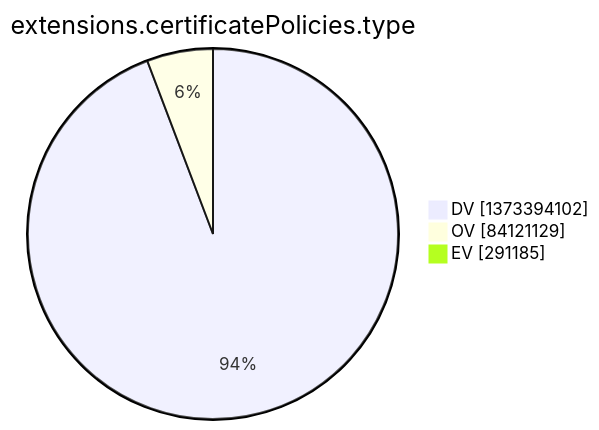
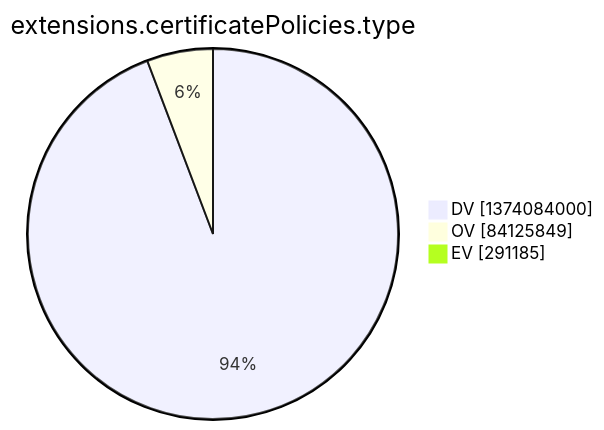
One commit to christiankrug/ctmonitor_visualization changed the tenth of 15 diagrams in argon2022/README.md. Above: the diagram before and after it, drawn with Mermaid. The commit also changed other lines of this file, not shown here.

````diff
--- a/argon2022/README.md
+++ b/argon2022/README.md
@@ -2773,7 +2773,7 @@
 ```mermaid
 pie showData
 title extensions.certificatePolicies.type
-"DV" :1373394102
-"OV" :84121129
+"DV" :1374084000
+"OV" :84125849
 "EV" :291185
 ```
````
